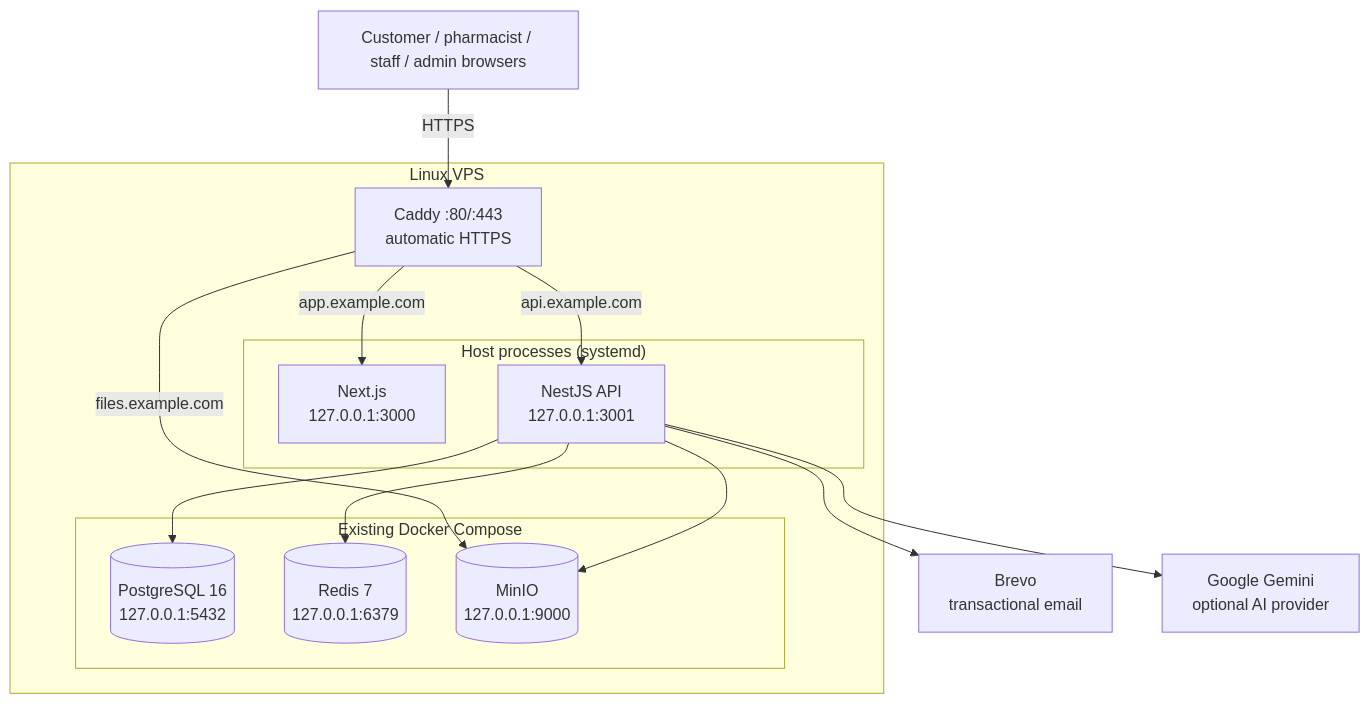
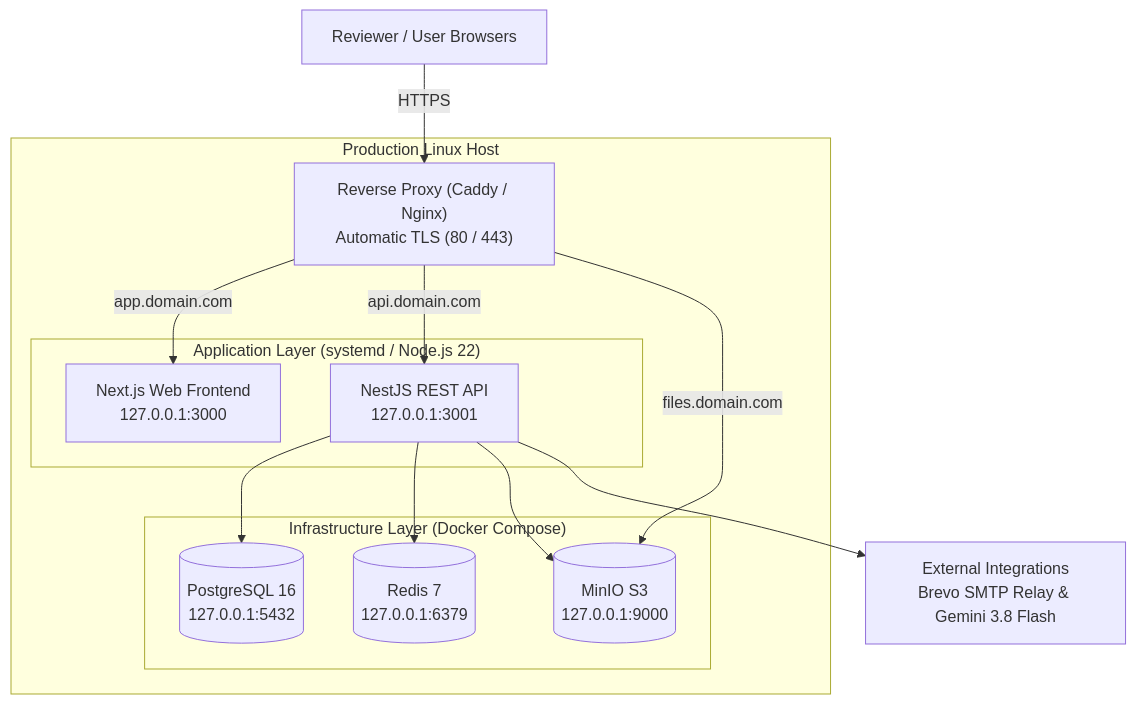
The diagram in deployment.md (Anujanthwal-dotcom/assignment-isocode-labs), drawn with Mermaid before and after one commit. The commit also changed other lines of this file, not shown here.

````diff
--- a/deployment.md
+++ b/deployment.md
@@ -17,33 +116,31 @@
 ```mermaid
 flowchart TB
-    Browser["Customer / pharmacist / staff / admin browsers"]
+    UserBrowser["Reviewer / User Browsers"]
 
-    subgraph VPS["Linux VPS"]
-        Caddy["Caddy :80/:443<br/>automatic HTTPS"]
+    subgraph Server["Production Linux Host"]
+        ReverseProxy["Reverse Proxy (Caddy / Nginx)<br/>Automatic TLS (80 / 443)"]
 
-        subgraph Host["Host processes (systemd)"]
-            Web["Next.js<br/>127.0.0.1:3000"]
-            API["NestJS API<br/>127.0.0.1:3001"]
+        subgraph ApplicationDaemons["Application Layer (systemd / Node.js 22)"]
+            NextApp["Next.js Web Frontend<br/>127.0.0.1:3000"]
+            NestAPI["NestJS REST API<br/>127.0.0.1:3001"]
         end
 
-        subgraph Docker["Existing Docker Compose"]
-            Postgres[("PostgreSQL 16<br/>127.0.0.1:5432")]
-            Redis[("Redis 7<br/>127.0.0.1:6379")]
-            MinIO[("MinIO<br/>127.0.0.1:9000")]
+        subgraph DockerInfrastructure["Infrastructure Layer (Docker Compose)"]
+            PG[("PostgreSQL 16<br/>127.0.0.1:5432")]
+            RD[("Redis 7<br/>127.0.0.1:6379")]
+            S3[("MinIO S3<br/>127.0.0.1:9000")]
         end
     end
 
-    Brevo["Brevo<br/>transactional email"]
-    Gemini["Google Gemini<br/>optional AI provider"]
+    ExternalServices["External Integrations<br/>Brevo SMTP Relay & Gemini 3.8 Flash"]
 
-    Browser -->|HTTPS| Caddy
-    Caddy -->|app.example.com| Web
-    Caddy -->|api.example.com| API
-    Caddy -->|files.example.com| MinIO
+    UserBrowser -->|HTTPS| ReverseProxy
+    ReverseProxy -->|app.domain.com| NextApp
+    ReverseProxy -->|api.domain.com| NestAPI
+    ReverseProxy -->|files.domain.com| S3
 
-    API --> Postgres
-    API --> Redis
-    API --> MinIO
-    API --> Brevo
-    API --> Gemini
+    NestAPI --> PG
+    NestAPI --> RD
+    NestAPI --> S3
+    NestAPI --> ExternalServices
 ```
````
